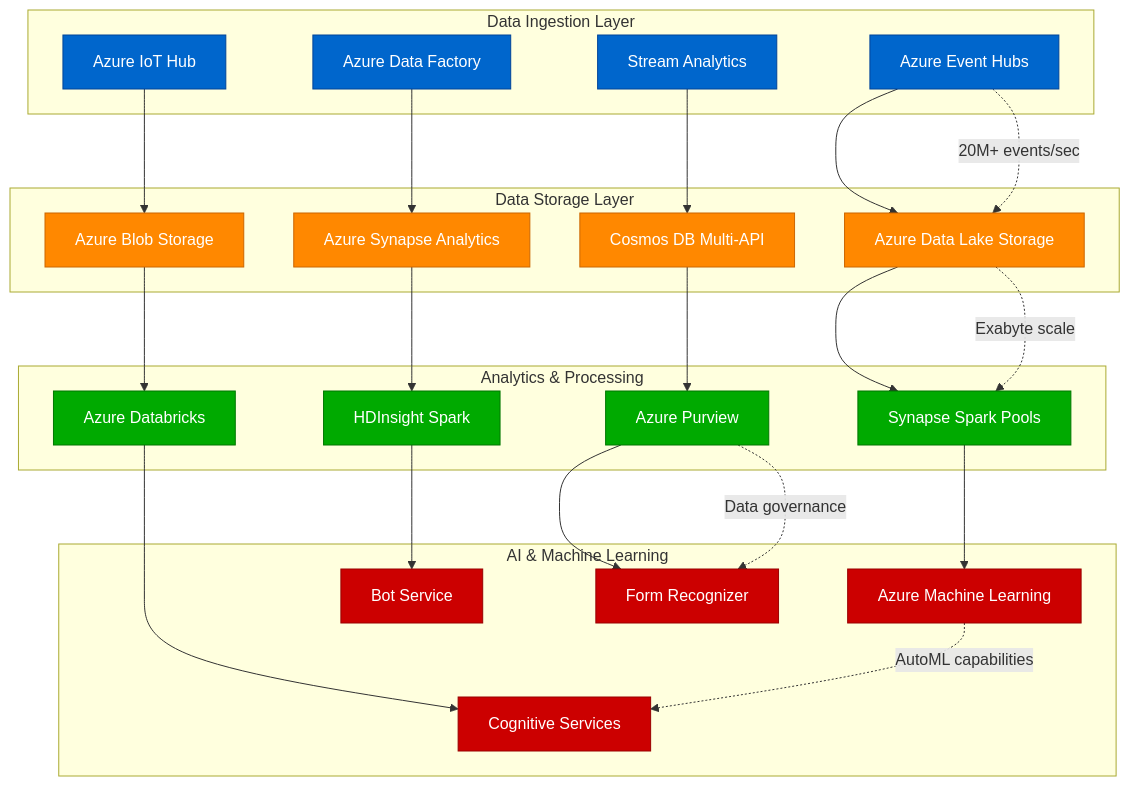
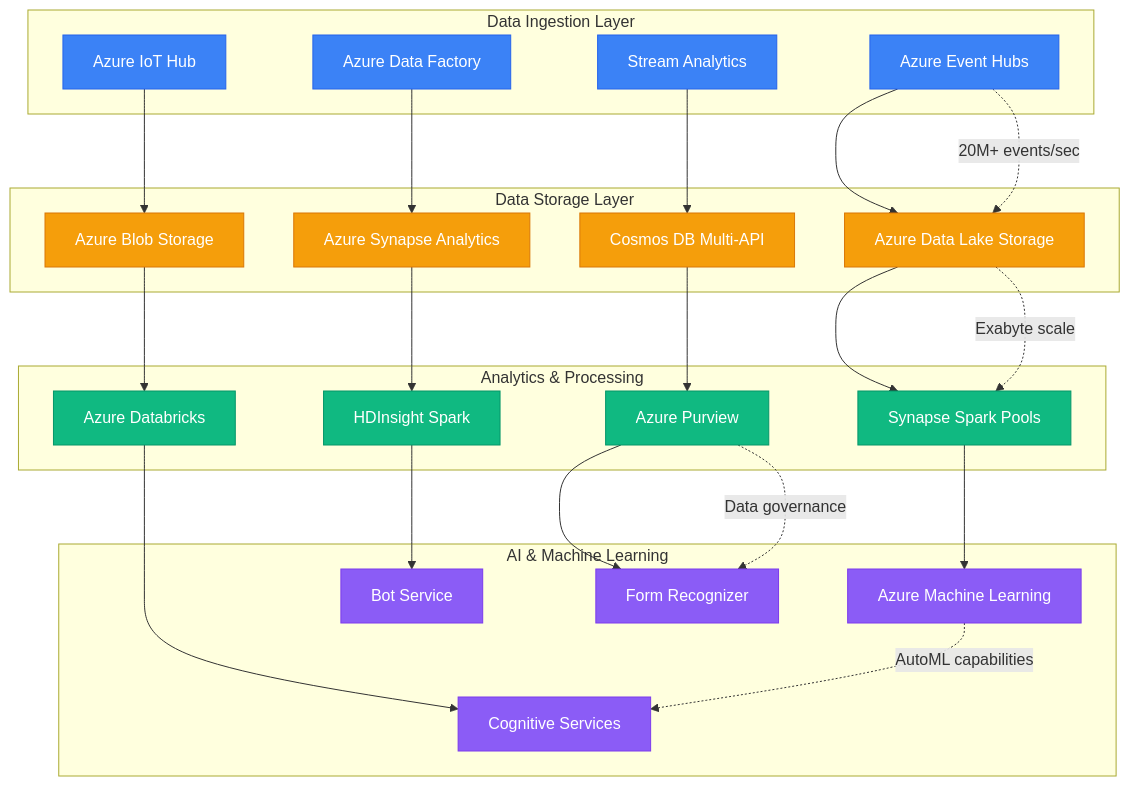
The fourth of 6 diagrams in site/docs/systems/microsoft/architecture.md (deepaucksharma/DS), drawn with Mermaid before and after one commit. The commit also changed other lines of this file and 303 other files, not shown here.

````diff
--- a/site/docs/systems/microsoft/architecture.md
+++ b/site/docs/systems/microsoft/architecture.md
@@ -234,64 +234,64 @@
 ```mermaid
 graph TB
     subgraph DataIngestion[Data Ingestion Layer]
         EVENT_HUBS[Azure Event Hubs]
         IOT_HUB[Azure IoT Hub]
         DATA_FACTORY[Azure Data Factory]
         STREAM_ANALYTICS[Stream Analytics]
     end
 
     subgraph DataStorage[Data Storage Layer]
         DATA_LAKE[Azure Data Lake Storage]
         BLOB_STORAGE[Azure Blob Storage]
         SQL_DW[Azure Synapse Analytics]
         COSMOS_MULTI[Cosmos DB Multi-API]
     end
 
     subgraph Analytics[Analytics & Processing]
         SYNAPSE_SPARK[Synapse Spark Pools]
         DATABRICKS[Azure Databricks]
         HDI_SPARK[HDInsight Spark]
         PURVIEW[Azure Purview]
     end
 
     subgraph AIServices[AI & Machine Learning]
         ML_SERVICE[Azure Machine Learning]
         COGNITIVE_SERVICES[Cognitive Services]
         BOT_SERVICE[Bot Service]
         FORM_RECOGNIZER[Form Recognizer]
     end
 
     %% Data flow
     EVENT_HUBS --> DATA_LAKE
     IOT_HUB --> BLOB_STORAGE
     DATA_FACTORY --> SQL_DW
     STREAM_ANALYTICS --> COSMOS_MULTI
 
     %% Processing flow
     DATA_LAKE --> SYNAPSE_SPARK
     BLOB_STORAGE --> DATABRICKS
     SQL_DW --> HDI_SPARK
     COSMOS_MULTI --> PURVIEW
 
     %% AI integration
     SYNAPSE_SPARK --> ML_SERVICE
     DATABRICKS --> COGNITIVE_SERVICES
     HDI_SPARK --> BOT_SERVICE
     PURVIEW --> FORM_RECOGNIZER
 
     %% Performance metrics
     EVENT_HUBS -.->|"20M+ events/sec"| DATA_LAKE
     DATA_LAKE -.->|"Exabyte scale"| SYNAPSE_SPARK
     ML_SERVICE -.->|"AutoML capabilities"| COGNITIVE_SERVICES
     PURVIEW -.->|"Data governance"| FORM_RECOGNIZER
 
-    classDef ingestStyle fill:#0066CC,stroke:#004499,color:#fff
-    classDef storageStyle fill:#FF8800,stroke:#CC6600,color:#fff
-    classDef analyticsStyle fill:#00AA00,stroke:#007700,color:#fff
-    classDef aiStyle fill:#CC0000,stroke:#990000,color:#fff
+    classDef ingestStyle fill:#3B82F6,stroke:#2563EB,color:#fff
+    classDef storageStyle fill:#F59E0B,stroke:#D97706,color:#fff
+    classDef analyticsStyle fill:#10B981,stroke:#059669,color:#fff
+    classDef aiStyle fill:#8B5CF6,stroke:#7C3AED,color:#fff
 
     class EVENT_HUBS,IOT_HUB,DATA_FACTORY,STREAM_ANALYTICS ingestStyle
     class DATA_LAKE,BLOB_STORAGE,SQL_DW,COSMOS_MULTI storageStyle
     class SYNAPSE_SPARK,DATABRICKS,HDI_SPARK,PURVIEW analyticsStyle
     class ML_SERVICE,COGNITIVE_SERVICES,BOT_SERVICE,FORM_RECOGNIZER aiStyle
 ```
````
